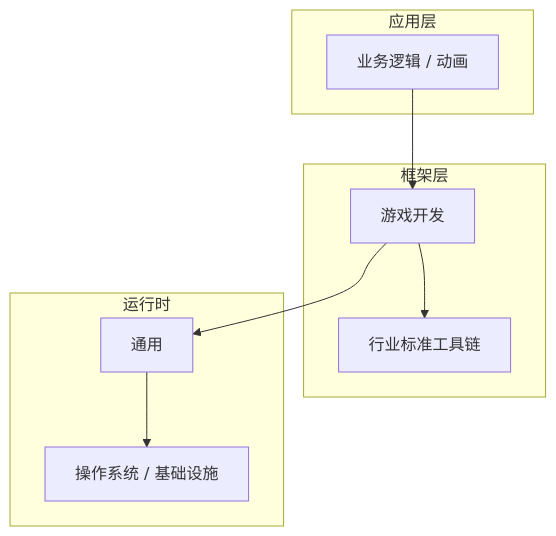
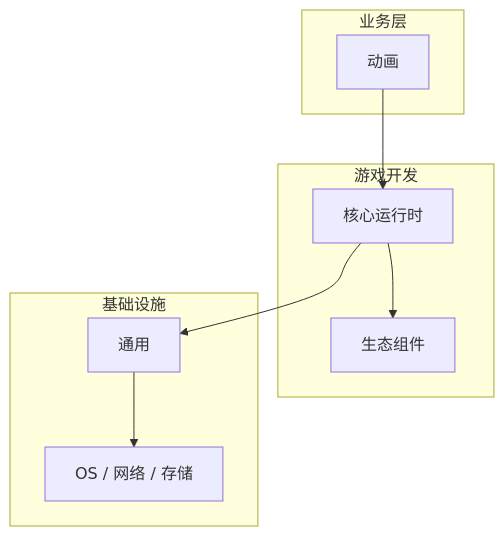
Before and after one commit to yanggan2015/knowledge-json-v2: the diagram in articles/游戏开发/chapters/049-动画核心概念与原理.md, drawn with Mermaid. The commit also changed other lines of this file and 10127 other files, not shown here.

````diff
--- a/articles/游戏开发/chapters/049-动画核心概念与原理.md
+++ b/articles/游戏开发/chapters/049-动画核心概念与原理.md
@@ -45,18 +30,18 @@
 ```mermaid
 graph TB
-    subgraph 应用层
-        A[业务逻辑 / 动画]
+    subgraph 业务层
+        A[动画]
     end
-    subgraph 框架层
-        B[游戏开发]
-        C[行业标准工具链]
+    subgraph 游戏开发
+        B[核心运行时]
+        C[生态组件]
     end
-    subgraph 运行时
+    subgraph 基础设施
         D[通用]
-        E[操作系统 / 基础设施]
+        E[OS / 网络 / 存储]
     end
     A --> B
     B --> C
     B --> D
     D --> E
 ```
````
